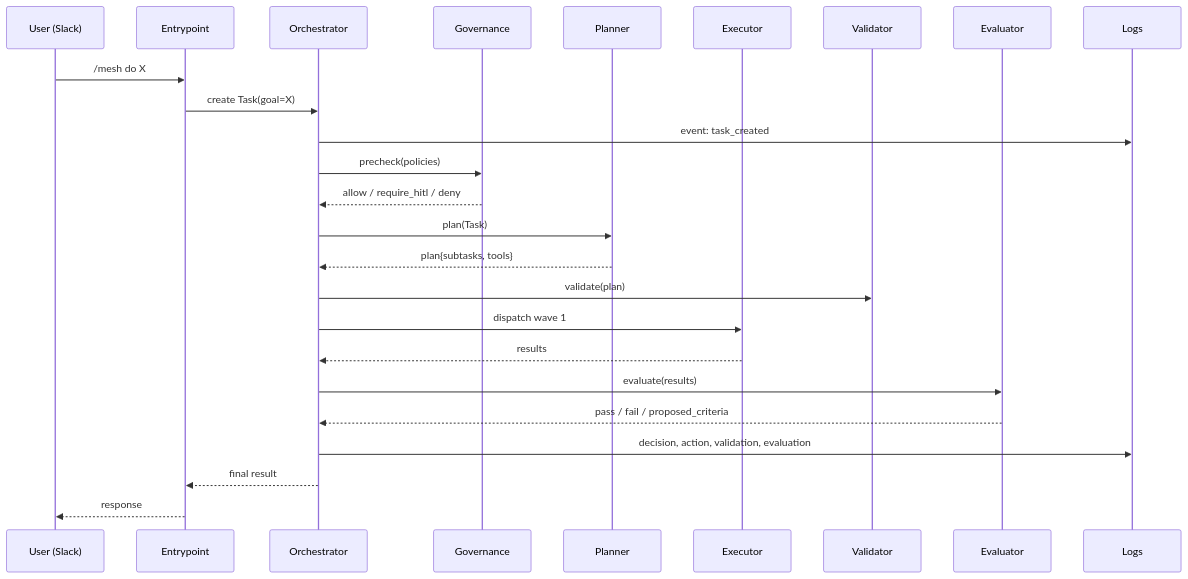
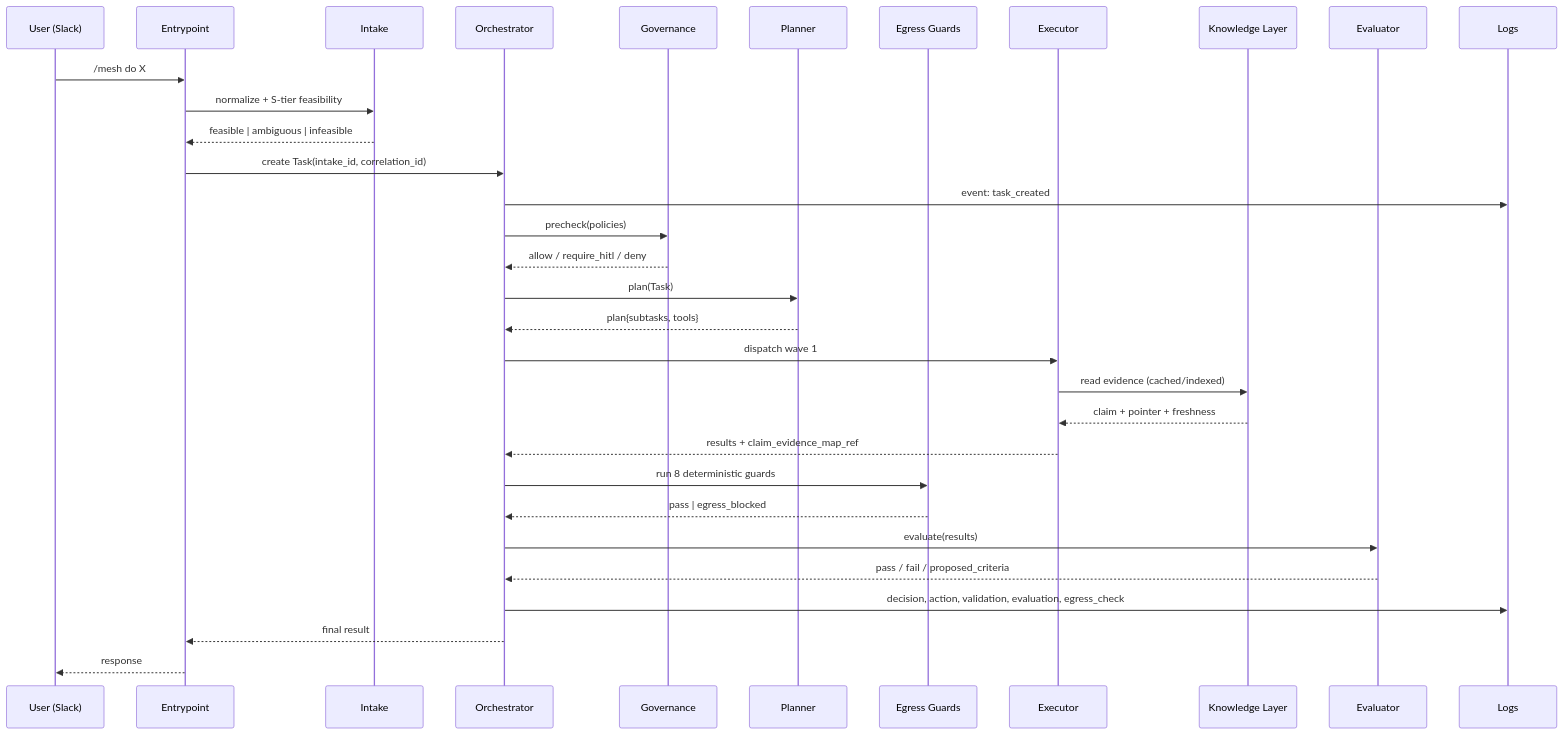
Before and after one commit to dr-robert-li/agentic-mesh-reference-arch: the second of 2 diagrams in docs/architecture.md, drawn with Mermaid. The commit also changed other lines of this file and 18 other files, not shown here.

Commit message:
docs: add context and evidence knowledge layer v0.1.3

````diff
--- a/docs/architecture.md
+++ b/docs/architecture.md
@@ -213,28 +257,35 @@
 ```mermaid
 sequenceDiagram
     participant U as User (Slack)
     participant E as Entrypoint
+    participant I as Intake
     participant O as Orchestrator
     participant G as Governance
     participant P as Planner
+    participant EG as Egress Guards
     participant X as Executor
-    participant V as Validator
+    participant K as Knowledge Layer
     participant Ev as Evaluator
     participant L as Logs
 
     U->>E: /mesh do X
-    E->>O: create Task(goal=X)
+    E->>I: normalize + S-tier feasibility
+    I-->>E: feasible | ambiguous | infeasible
+    E->>O: create Task(intake_id, correlation_id)
     O->>L: event: task_created
     O->>G: precheck(policies)
     G-->>O: allow / require_hitl / deny
     O->>P: plan(Task)
     P-->>O: plan{subtasks, tools}
-    O->>V: validate(plan)
     O->>X: dispatch wave 1
-    X-->>O: results
+    X->>K: read evidence (cached/indexed)
+    K-->>X: claim + pointer + freshness
+    X-->>O: results + claim_evidence_map_ref
+    O->>EG: run 8 deterministic guards
+    EG-->>O: pass | egress_blocked
     O->>Ev: evaluate(results)
     Ev-->>O: pass / fail / proposed_criteria
-    O->>L: decision, action, validation, evaluation
+    O->>L: decision, action, validation, evaluation, egress_check
     O-->>E: final result
     E-->>U: response
 ```
````
